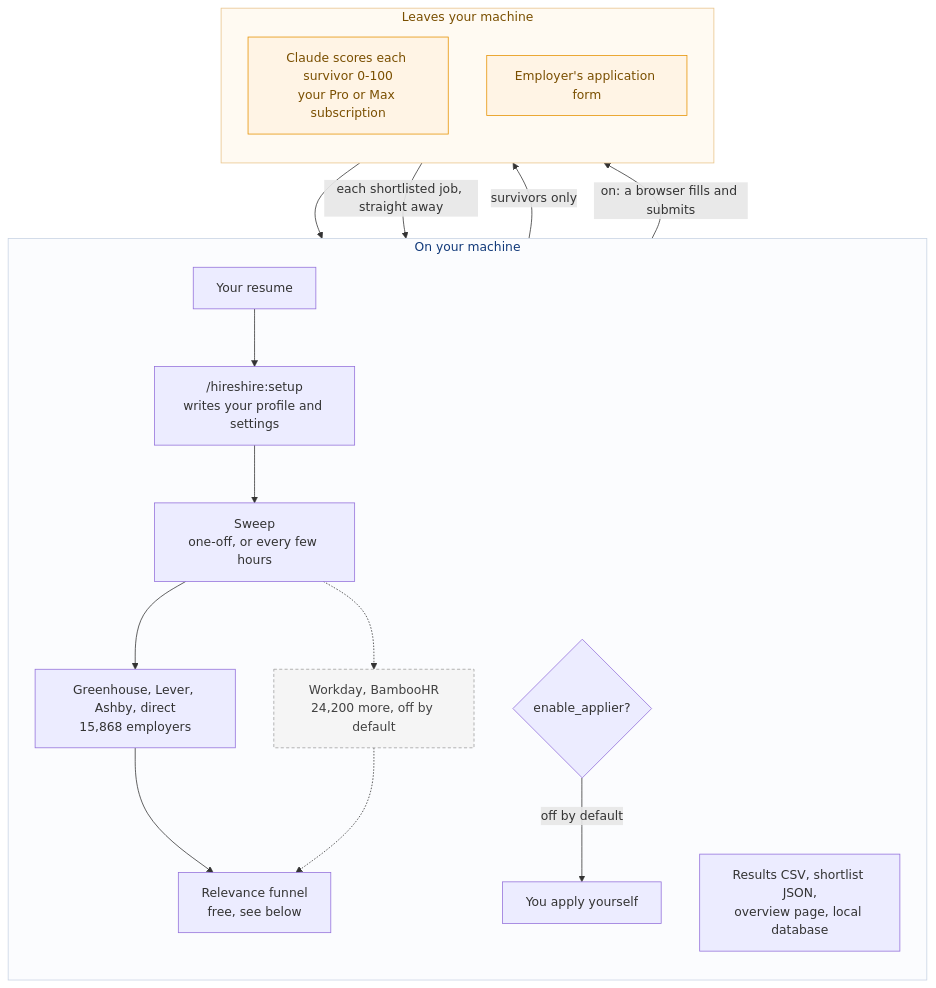
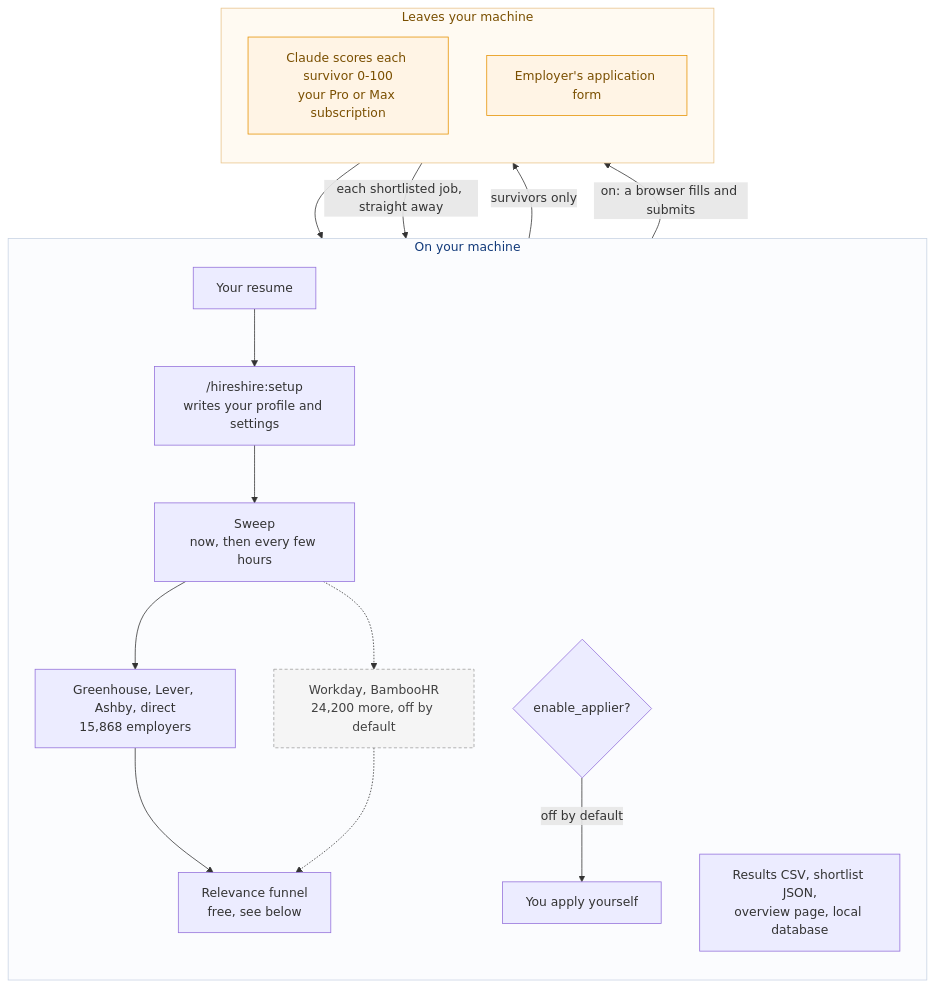
One commit to slowloris-98/HireShire-plugin changed the first of 2 diagrams in docs/TECH_ARCH.md. Above: the diagram before and after it, drawn with Mermaid. The commit also changed 23 other files, not shown here.

````diff
--- a/docs/TECH_ARCH.md
+++ b/docs/TECH_ARCH.md
@@ -14,38 +14,38 @@
 ```mermaid
 flowchart TD
     subgraph local["On your machine"]
         direction TB
         R["Your resume"]
         SET["/hireshire:setup<br/>writes your profile and settings"]
-        SWEEP["Sweep<br/>one-off, or every few hours"]
+        SWEEP["Sweep<br/>now, then every few hours"]
         B1["Greenhouse, Lever, Ashby, direct<br/>15,868 employers"]
         B2["Workday, BambooHR<br/>24,200 more, off by default"]
         FUN["Relevance funnel<br/>free, see below"]
         OUT["Results CSV, shortlist JSON,<br/>overview page, local database"]
         APP{"enable_applier?"}
         YOU["You apply yourself"]
 
         R --> SET --> SWEEP
         SWEEP --> B1 --> FUN
         SWEEP -.-> B2 -.-> FUN
         APP -->|"off by default"| YOU
     end
 
     subgraph away["Leaves your machine"]
         direction TB
         CLAUDE["Claude scores each survivor 0-100<br/>your Pro or Max subscription"]
         EMP["Employer's application form"]
     end
 
     FUN -->|"survivors only"| CLAUDE
     CLAUDE --> OUT
     CLAUDE -->|"each shortlisted job, straight away"| APP
     APP -->|"on: a browser fills and submits"| EMP
 
     classDef off fill:#f5f5f5,stroke:#9e9e9e,color:#424242,stroke-dasharray:4 3
     classDef away fill:#fff4e5,stroke:#e69100,color:#7a4f00
     class B2 off
     class CLAUDE,EMP away
     style local fill:#fbfcfe,stroke:#c8d3e3,color:#123a7a
     style away fill:#fffaf2,stroke:#e8c48a,color:#7a4f00
 ```
````
